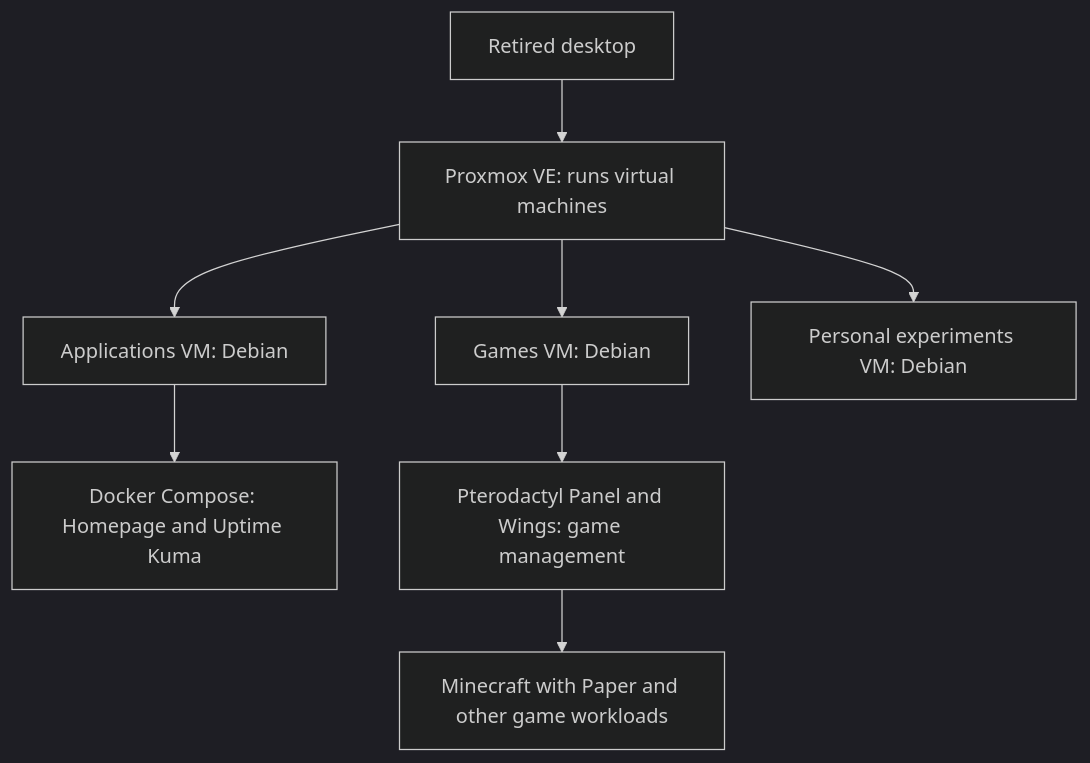
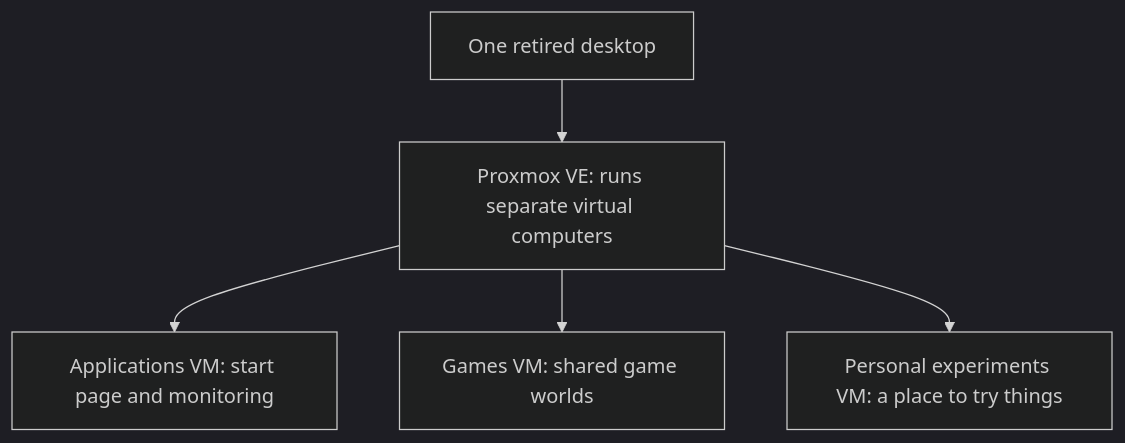
The diagram in docs/architecture.md (jameskbb/homelab-public), drawn with Mermaid (dark theme) before and after one commit. The commit also changed other lines of this file and 5 other files, not shown here.

````diff
--- a/docs/architecture.md
+++ b/docs/architecture.md
@@ -10,10 +14,7 @@
 ```mermaid
 flowchart TD
-    desktop["Retired desktop"] --> proxmox["Proxmox VE: runs virtual machines"]
-    proxmox --> apps["Applications VM: Debian"]
-    proxmox --> games["Games VM: Debian"]
-    proxmox --> experiments["Personal experiments VM: Debian"]
-    apps --> compose["Docker Compose: Homepage and Uptime Kuma"]
-    games --> panel["Pterodactyl Panel and Wings: game management"]
-    panel --> workloads["Minecraft with Paper and other game workloads"]
+    desktop["One retired desktop"] --> proxmox["Proxmox VE: runs separate virtual computers"]
+    proxmox --> apps["Applications VM: start page and monitoring"]
+    proxmox --> games["Games VM: shared game worlds"]
+    proxmox --> experiments["Personal experiments VM: a place to try things"]
 ```
````
